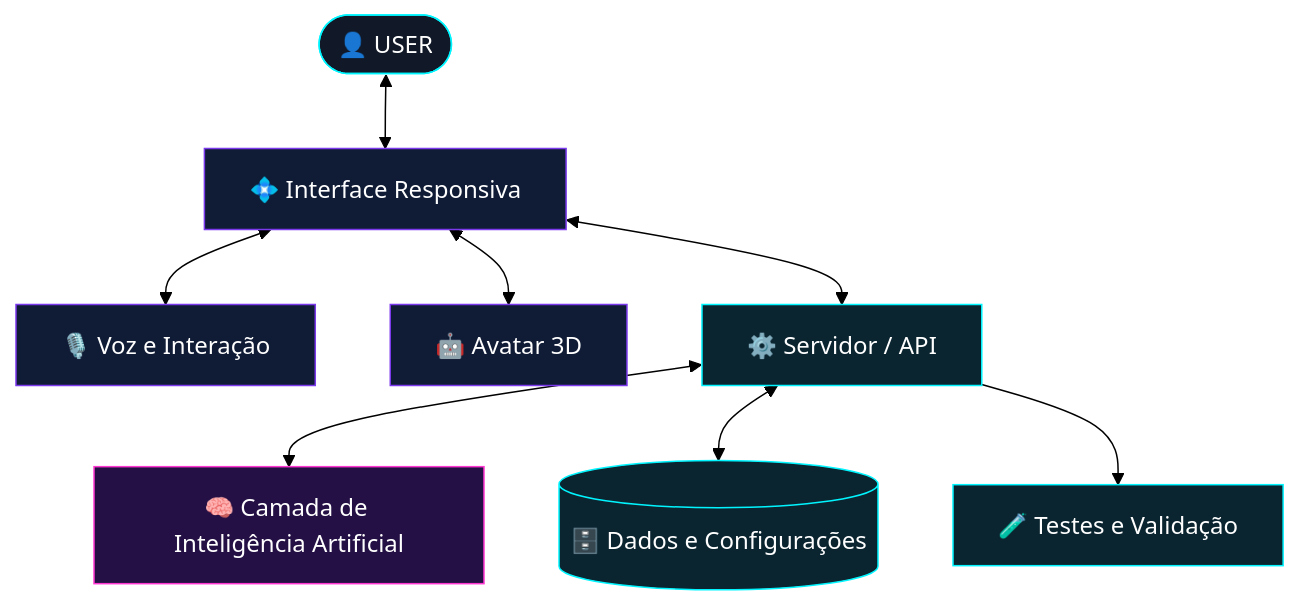
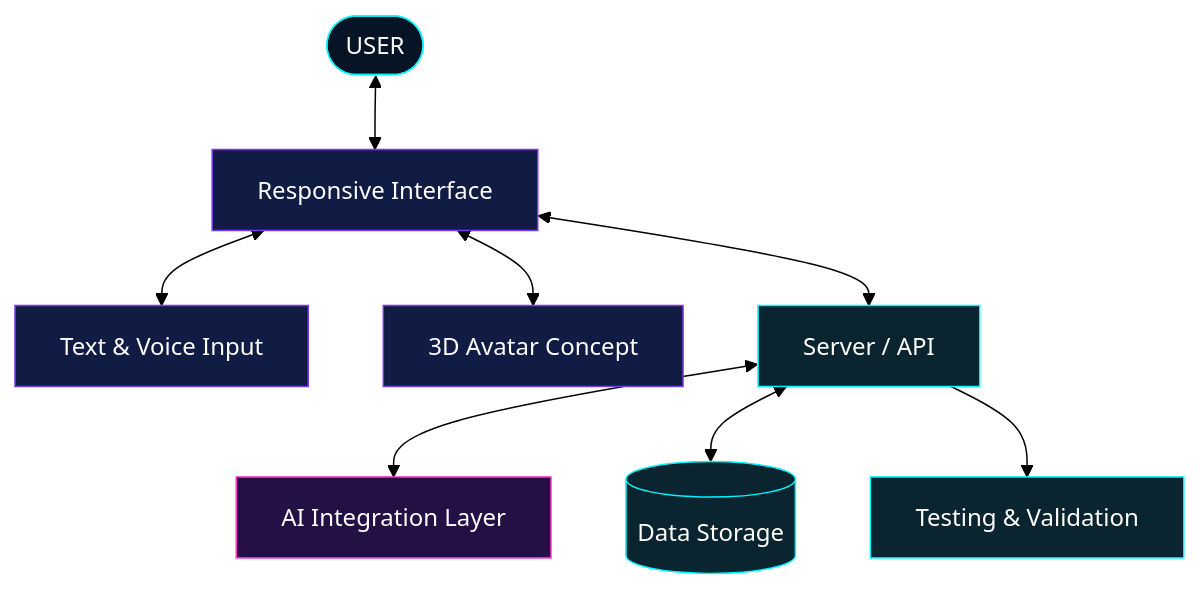
Before and after one commit to nicolasholanda8818-crypto/nicolasholanda8818-crypto: the diagram in README.md, drawn with Mermaid (forest theme). The commit also changed other lines of this file, not shown here.

````diff
--- a/README.md
+++ b/README.md
@@ -128,29 +150,29 @@
 ```mermaid
 flowchart TD
-    U(["👤 USER"])
-    UI["💠 Interface Responsiva"]
-    VOICE["🎙️ Voz e Interação"]
-    AI["🧠 Camada de Inteligência Artificial"]
-    AVATAR["🤖 Avatar 3D"]
-    SERVER["⚙️ Servidor / API"]
-    DATA[("🗄️ Dados e Configurações")]
-    TEST["🧪 Testes e Validação"]
+    USER(["USER"])
+    UI["Responsive Interface"]
+    INPUT["Text & Voice Input"]
+    AI["AI Integration Layer"]
+    AVATAR["3D Avatar Concept"]
+    API["Server / API"]
+    DB[("Data Storage")]
+    TEST["Testing & Validation"]
 
-    U <--> UI
-    UI <--> VOICE
+    USER <--> UI
+    UI <--> INPUT
     UI <--> AVATAR
-    UI <--> SERVER
-    SERVER <--> AI
-    SERVER <--> DATA
-    SERVER --> TEST
+    UI <--> API
+    API <--> AI
+    API <--> DB
+    API --> TEST
 
-    classDef user fill:#111827,stroke:#00F5FF,color:#FFFFFF
-    classDef interface fill:#101B35,stroke:#7C3AED,color:#FFFFFF
+    classDef user fill:#071426,stroke:#00F5FF,color:#FFFFFF
+    classDef interface fill:#111C44,stroke:#7C3AED,color:#FFFFFF
     classDef intelligence fill:#241044,stroke:#FF36D1,color:#FFFFFF
     classDef backend fill:#0B2530,stroke:#00F5FF,color:#FFFFFF
 
-    class U user
-    class UI,VOICE,AVATAR interface
+    class USER user
+    class UI,INPUT,AVATAR interface
     class AI intelligence
-    class SERVER,DATA,TEST backend
+    class API,DB,TEST backend
 ```
````
